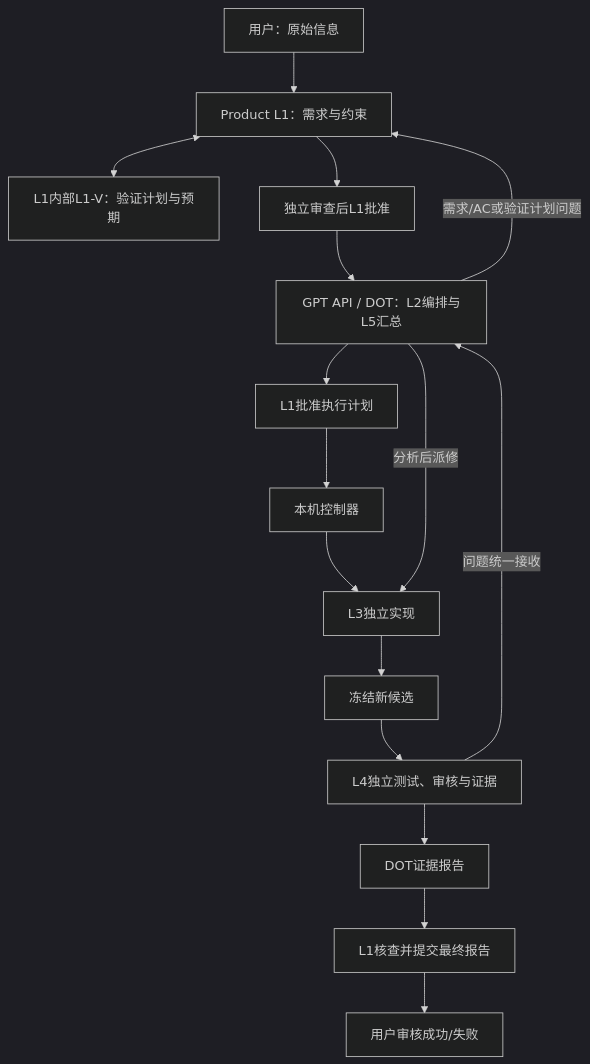
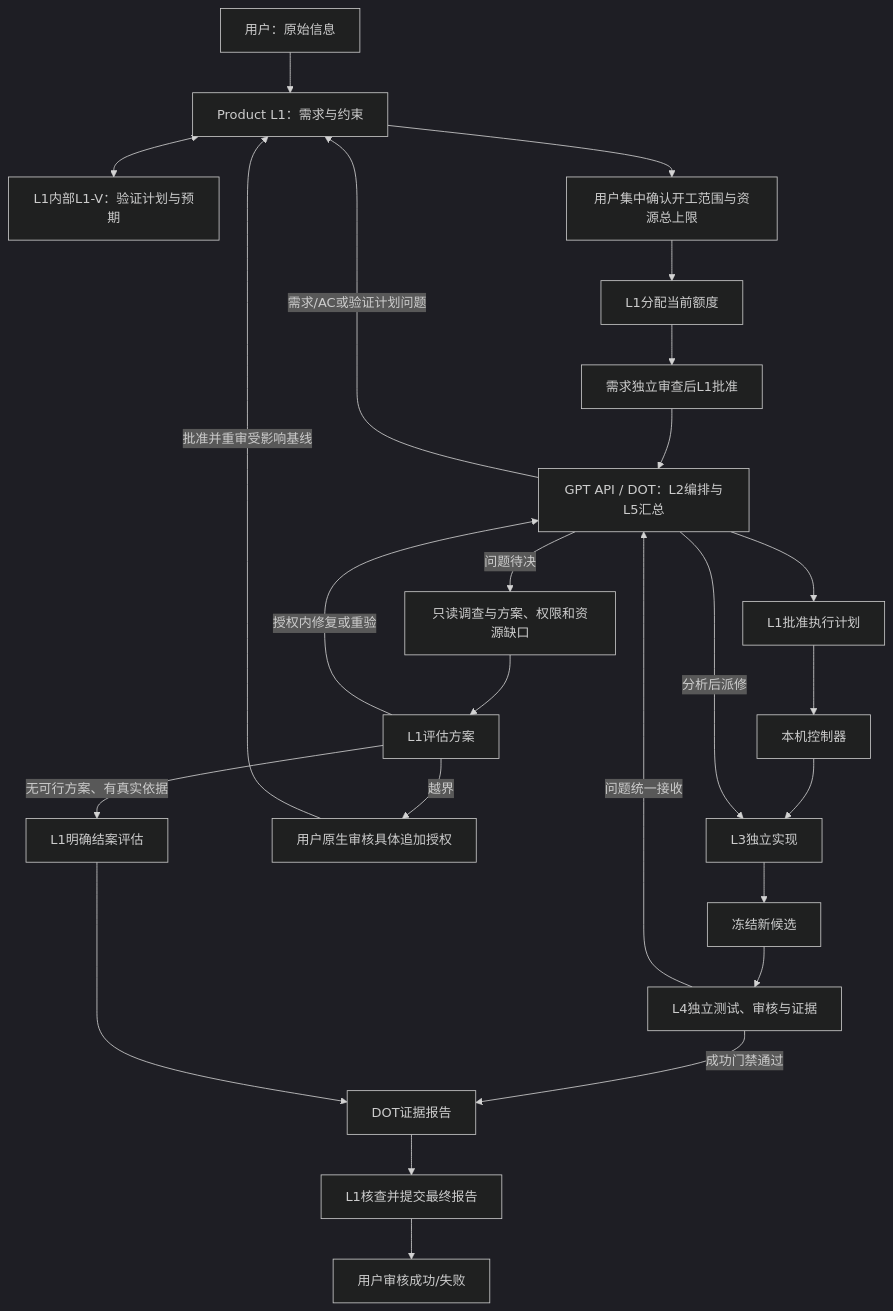
The diagram in docs/architecture.md (Merrychen-CMY/AI-Programming-Workflow), drawn with Mermaid (dark theme) before and after one commit. The commit also changed other lines of this file and 89 other files, not shown here.

````diff
--- a/docs/architecture.md
+++ b/docs/architecture.md
@@ -3,18 +3,27 @@
 ```mermaid
 flowchart TD
  U[用户：原始信息] --> L1[Product L1：需求与约束]
  L1 <--> V[L1内部L1-V：验证计划与预期]
- L1 --> A[独立审查后L1批准]
+ L1 --> S[用户集中确认开工范围与资源总上限]
+ S --> A0[L1分配当前额度]
+ A0 --> A[需求独立审查后L1批准]
  A --> D[GPT API / DOT：L2编排与L5汇总]
  D --> P[L1批准执行计划]
  P --> C[本机控制器]
  C --> L3[L3独立实现]
  L3 --> K[冻结新候选]
  K --> L4[L4独立测试、审核与证据]
  L4 -->|问题统一接收| D
  D -->|分析后派修| L3
  D -->|需求/AC或验证计划问题| L1
- L4 --> R[DOT证据报告]
+ L4 -->|成功门禁通过| R[DOT证据报告]
+ D -->|问题待决| I[只读调查与方案、权限和资源缺口]
+ I --> J[L1评估方案]
+ J -->|授权内修复或重验| D
+ J -->|越界| U1[用户原生审核具体追加授权]
+ U1 -->|批准并重审受影响基线| L1
+ J -->|无可行方案、有真实依据| C1[L1明确结案评估]
+ C1 --> R
  R --> F[L1核查并提交最终报告]
  F --> H[用户审核成功/失败]
 ```
````
